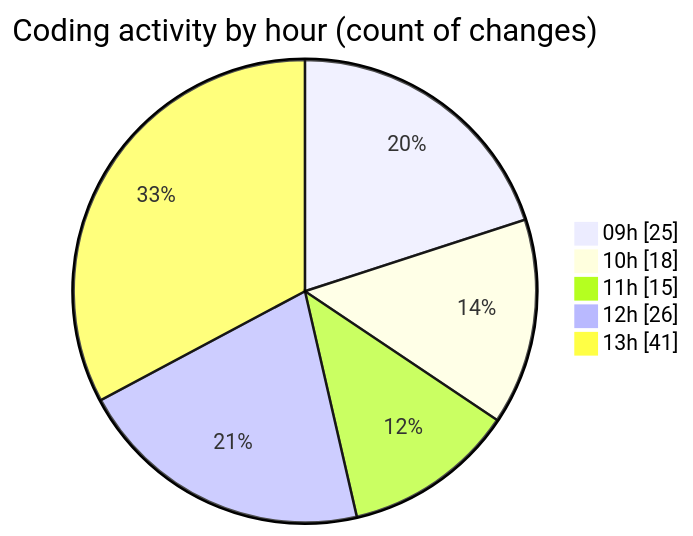
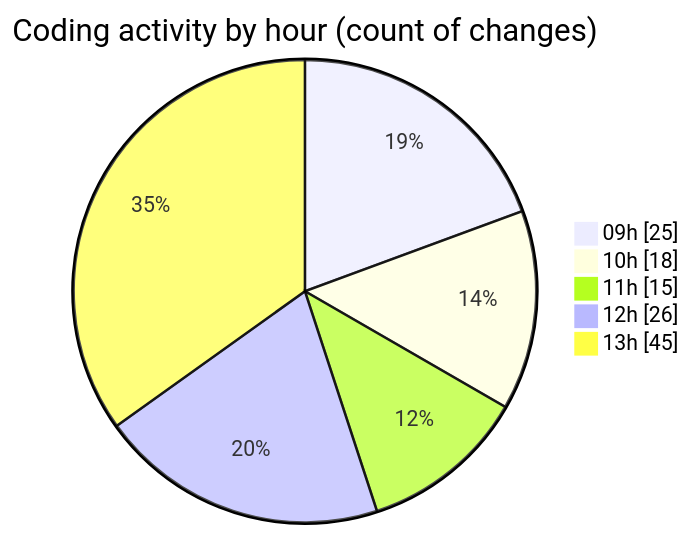
Before and after one commit to momahboobian/code-tracking: the second of 2 diagrams in 2025-03-13/cda/README.md, drawn with Mermaid. The commit also changed other lines of this file and 1 other file, not shown here.

````diff
--- a/2025-03-13/cda/README.md
+++ b/2025-03-13/cda/README.md
@@ -42,9 +42,9 @@
 ```mermaid
 pie showData
 title Coding activity by hour (count of changes)
 "09h" : 25
 "10h" : 18
 "11h" : 15
 "12h" : 26
-"13h" : 41
+"13h" : 45
 ```
````
